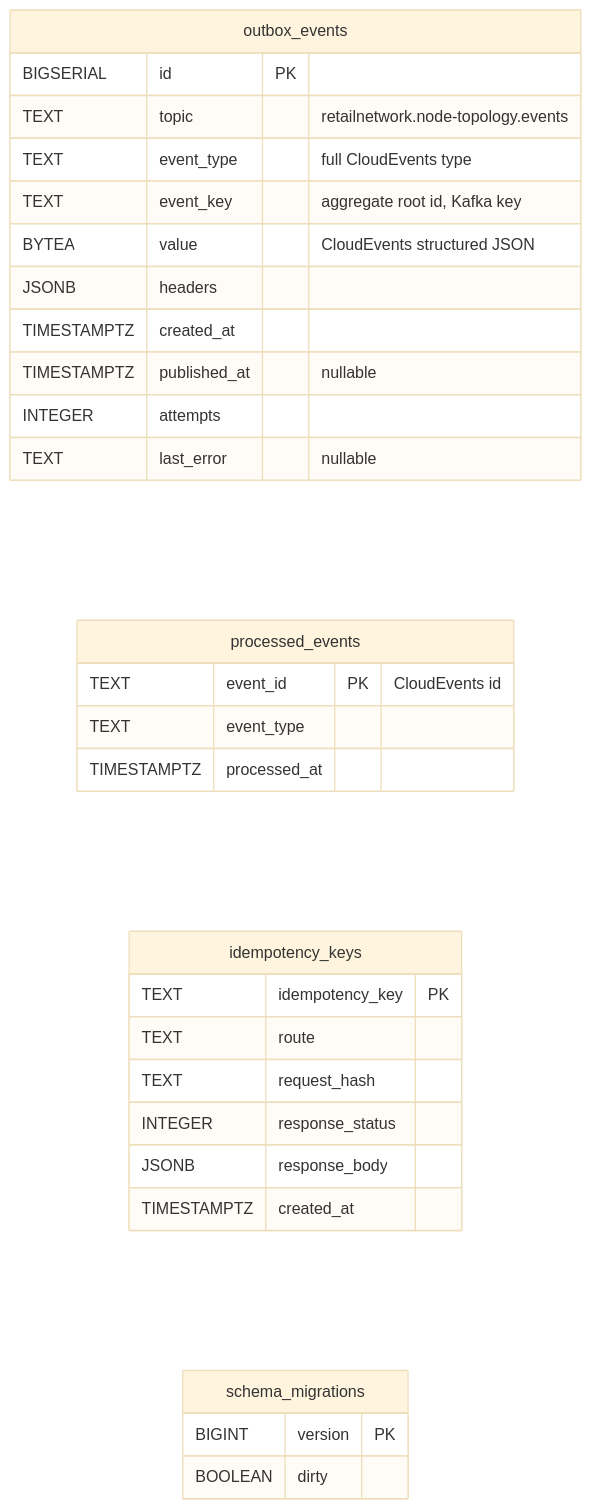
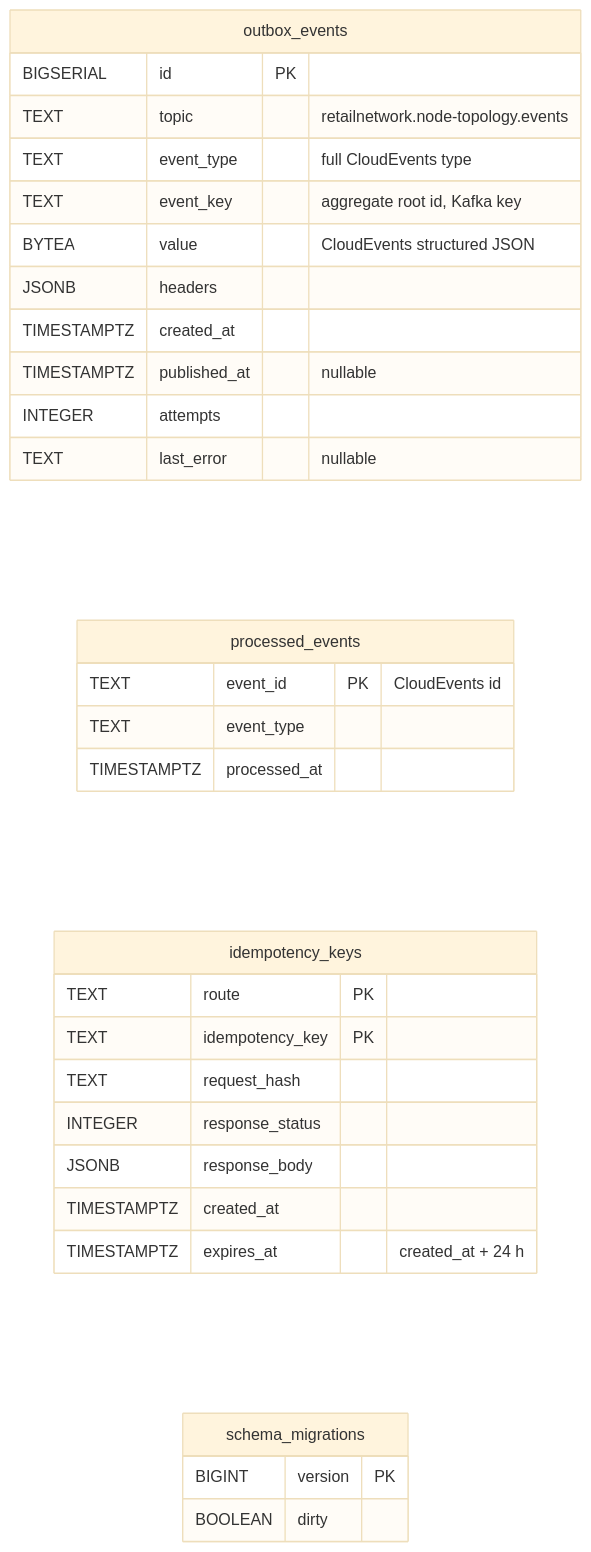
One commit to IQVO/warehouse-docs changed the fifth of 5 diagrams in docs/contexts/node-topology/entity-relationship.md. Above: the diagram before and after it, drawn with Mermaid (base theme). The commit also changed other lines of this file and 16 other files, not shown here.

````diff
--- a/docs/contexts/node-topology/entity-relationship.md
+++ b/docs/contexts/node-topology/entity-relationship.md
@@ -162,33 +167,34 @@
 ```mermaid
 erDiagram
     direction LR
     outbox_events {
         BIGSERIAL id PK
         TEXT topic "retailnetwork.node-topology.events"
         TEXT event_type "full CloudEvents type"
         TEXT event_key "aggregate root id, Kafka key"
         BYTEA value "CloudEvents structured JSON"
         JSONB headers
         TIMESTAMPTZ created_at
         TIMESTAMPTZ published_at "nullable"
         INTEGER attempts
         TEXT last_error "nullable"
     }
     processed_events {
         TEXT event_id PK "CloudEvents id"
         TEXT event_type
         TIMESTAMPTZ processed_at
     }
     idempotency_keys {
+        TEXT route PK
         TEXT idempotency_key PK
-        TEXT route
         TEXT request_hash
         INTEGER response_status
         JSONB response_body
         TIMESTAMPTZ created_at
+        TIMESTAMPTZ expires_at "created_at + 24 h"
     }
     schema_migrations {
         BIGINT version PK
         BOOLEAN dirty
     }
 ```
````
